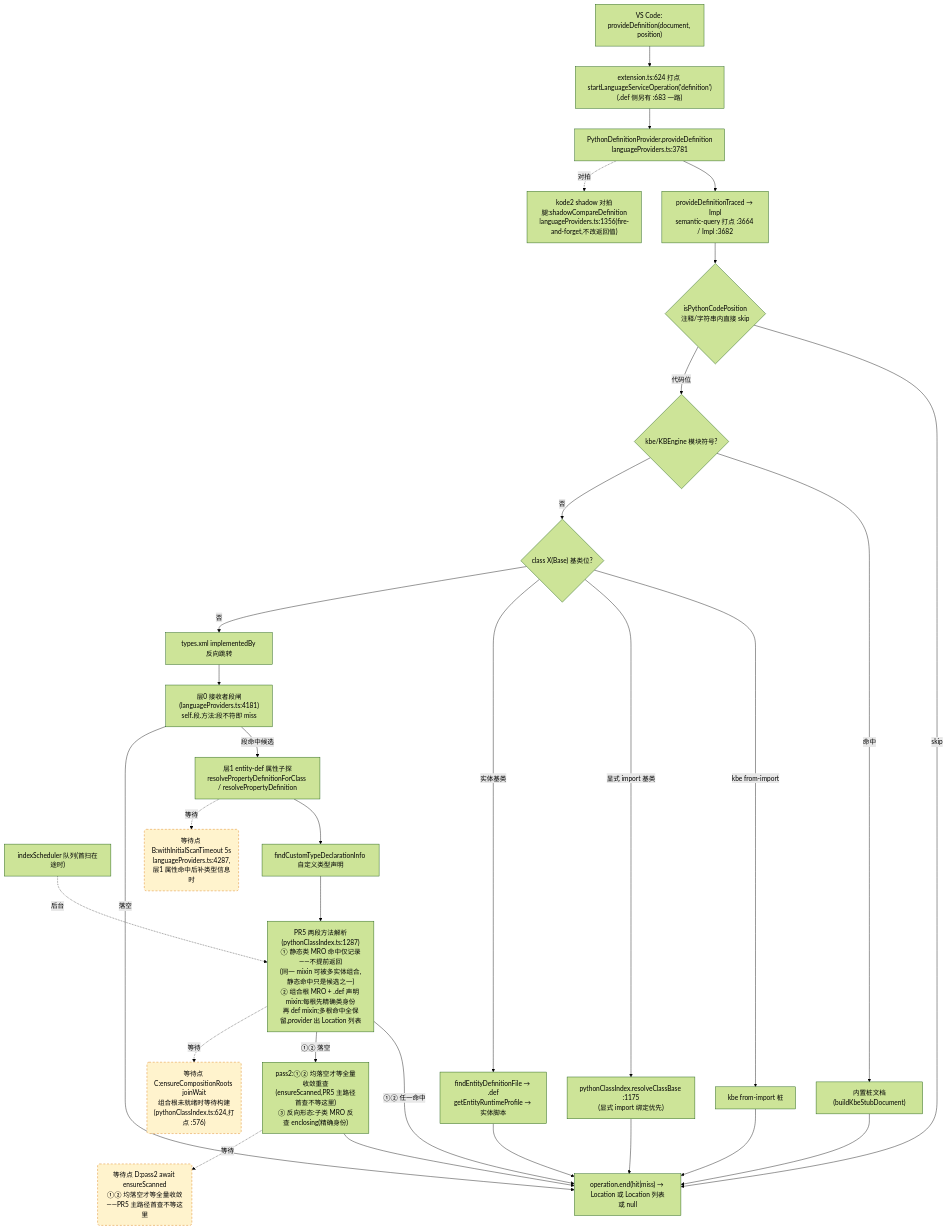
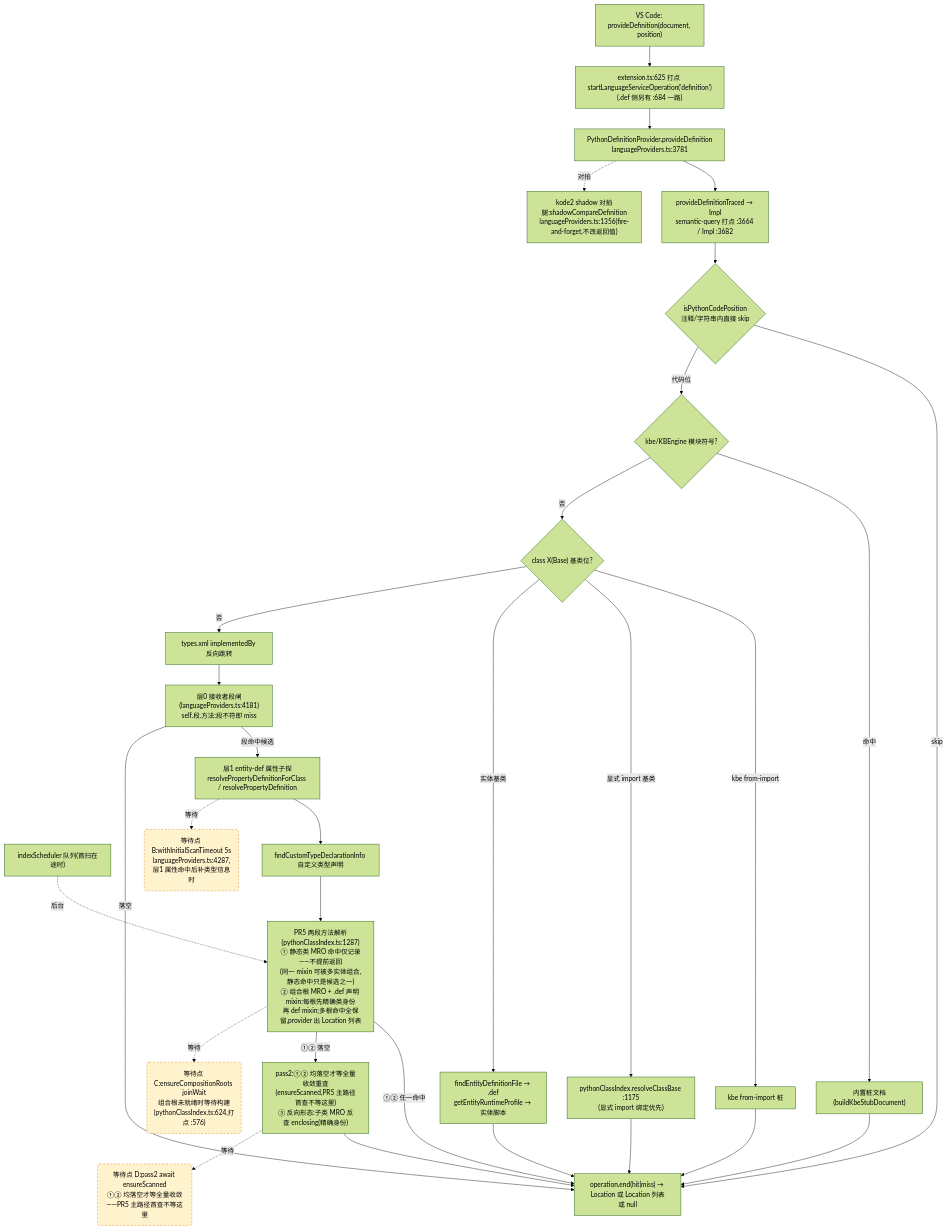
The second of 4 diagrams in docs/perf/2026-baseline.md (cuihairu/kode), drawn with Mermaid (forest theme) before and after one commit. The commit also changed other lines of this file and 6 other files, not shown here.

````diff
--- a/docs/perf/2026-baseline.md
+++ b/docs/perf/2026-baseline.md
@@ -130,51 +130,51 @@
 ```mermaid
 flowchart TD
   VC2["VS Code: provideDefinition(document, position)"]
-  M2["extension.ts:624 打点 startLanguageServiceOperation('definition')<br/>(.def 侧另有 :683 一路)"]
+  M2["extension.ts:625 打点 startLanguageServiceOperation('definition')<br/>(.def 侧另有 :684 一路)"]
   AD2["PythonDefinitionProvider.provideDefinition<br/>languageProviders.ts:3781"]
   TR["provideDefinitionTraced → Impl<br/>semantic-query 打点 :3664 / Impl :3682"]
   CTX{"isPythonCodePosition<br/>注释/字符串内直接 skip"}
   KBE{"kbe/KBEngine 模块符号?"}
   STUB["内置桩文档(buildKbeStubDocument)"]
   CB{"class X(Base) 基类位?"}
   CB1["kbe from-import 桩"]
   CB2["pythonClassIndex.resolveClassBase :1175<br/>(显式 import 绑定优先)"]
   CB3["findEntityDefinitionFile → .def<br/>getEntityRuntimeProfile → 实体脚本"]
   REV["types.xml implementedBy 反向跳转"]
   L0["层0 接收者段闸(languageProviders.ts:4181)<br/>self.段.方法:段不符即 miss"]
   L1["层1 entity-def 属性子探<br/>resolvePropertyDefinitionForClass / resolvePropertyDefinition"]
   SCAN["indexScheduler 队列(首扫在途时)"]
   TY["findCustomTypeDeclarationInfo 自定义类型声明"]
   MRO["PR5 两段方法解析(pythonClassIndex.ts:1287)<br/>① 静态类 MRO 命中仅记录——不提前返回<br/>(同一 mixin 可被多实体组合,静态命中只是候选之一)<br/>② 组合根 MRO + .def 声明 mixin:每根先精确类身份<br/>再 def mixin;多根命中全保留,provider 出 Location 列表"]
   PASS2["pass2:①② 均落空才等全量收敛重查<br/>(ensureScanned,PR5 主路径首查不等这里)<br/>③ 反向形态:子类 MRO 反查 enclosing(精确身份)"]
   SHD["kode2 shadow 对拍腿:shadowCompareDefinition<br/>languageProviders.ts:1356(fire-and-forget,不改返回值)"]
   END2["operation.end(hit|miss) → Location 或 Location 列表或 null"]
 
   VC2 --> M2 --> AD2 --> TR --> CTX
   CTX -- "skip" --> END2
   CTX -- "代码位" --> KBE
   KBE -- "命中" --> STUB --> END2
   KBE -- "否" --> CB
   CB -- "kbe from-import" --> CB1 --> END2
   CB -- "显式 import 基类" --> CB2 --> END2
   CB -- "实体基类" --> CB3 --> END2
   CB -- "否" --> REV --> L0
   L0 -- "段命中候选" --> L1
   L0 -- "落空" --> END2
   L1 --> TY
   TY --> MRO
   MRO -- "①② 任一命中" --> END2
   MRO -- "①② 落空" --> PASS2 --> END2
   AD2 -.->|对拍| SHD
 
   WAITB("等待点 B:withInitialScanTimeout 5s<br/>languageProviders.ts:4287,层1 属性命中后补类型信息时")
   WAITC("等待点 C:ensureCompositionRoots joinWait<br/>组合根未就绪时等待构建(pythonClassIndex.ts:624,打点 :576)")
   WAITD("等待点 D:pass2 await ensureScanned<br/>①② 均落空才等全量收敛——PR5 主路径首查不等这里")
   L1 -.->|等待| WAITB
   MRO -.->|等待| WAITC
   PASS2 -.->|等待| WAITD
   SCAN -.->|后台| MRO
 
   classDef waitPoint fill:#fff3cd,stroke:#d97706,stroke-dasharray:5 4;
   class WAITB,WAITC,WAITD waitPoint;
 ```
````
